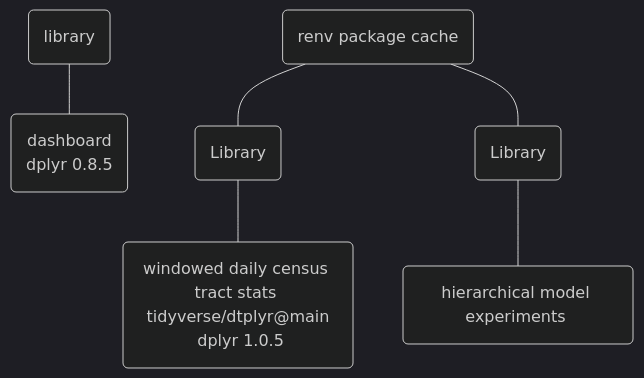
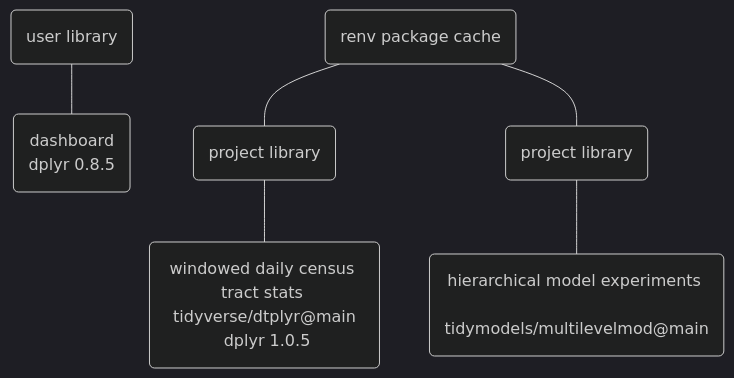
One commit to edavidaja/you-should-use-renv changed the fifth of 5 diagrams in index.qmd. Above: the diagram before and after it, drawn with Mermaid. The commit also changed other lines of this file, not shown here.

Commit message:
save mermaids

````diff
--- a/index.qmd
+++ b/index.qmd
@@ -254,16 +249,17 @@
 ```{mermaid}
+%%| fig-width: 1000px
 %%{init: {"theme": "dark" } }%%
 graph
 L --- P1
 L2 --- P2
 L3 --- P3
 C --- L2
 C --- L3
-L(library)
-L2(Library)
-L3(Library)
+L(user library)
+L2(project library)
+L3(project library)
 P1(dashboard <br/> dplyr 0.8.5)
 P2("windowed daily census tract stats <br/> tidyverse/dtplyr@main <br/> dplyr 1.0.5")
-P3("hierarchical model experiments <br/> ")
+P3("hierarchical model experiments <br/> tidymodels/multilevelmod@main")
 C(renv package cache)
 ```
````
